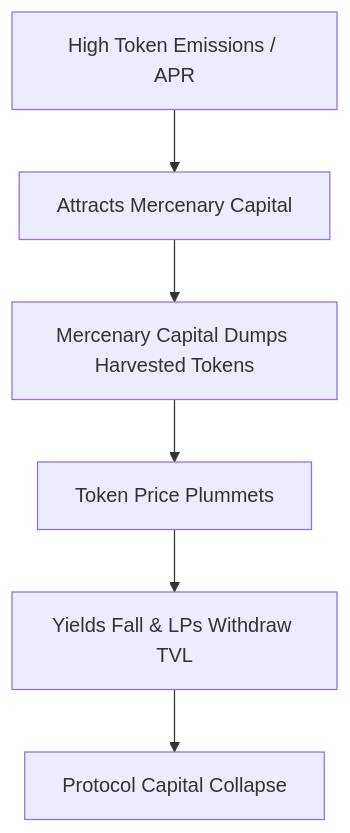
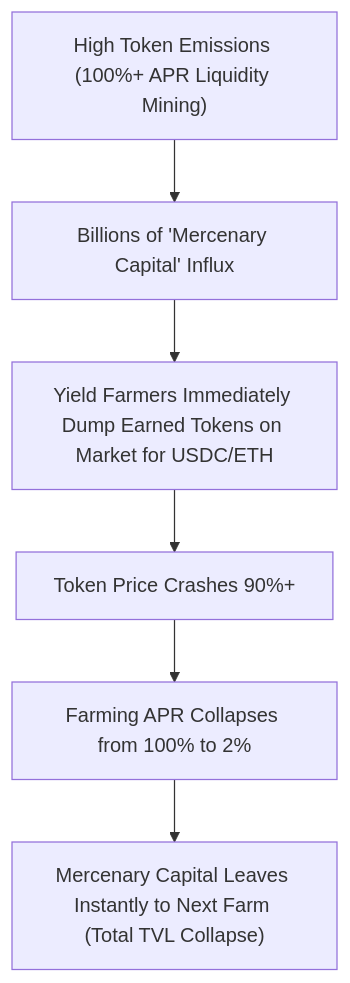
Before and after one commit to ub-society/modules: the fifth of 6 diagrams in docs/learn/fundamentals/05-decentralized-systems/04-tokenomics-and-economic-incentive-design.md, drawn with Mermaid. The commit also changed other lines of this file and 4 other files, not shown here.

````diff
--- a/docs/learn/fundamentals/05-decentralized-systems/04-tokenomics-and-economic-incentive-design.md
+++ b/docs/learn/fundamentals/05-decentralized-systems/04-tokenomics-and-economic-incentive-design.md
@@ -88,8 +108,8 @@
 ```mermaid
 flowchart TD
-    Emit[High Token Emissions / APR] --> Attract[Attracts Mercenary Capital]
-    Attract --> Dump[Mercenary Capital Dumps Harvested Tokens]
-    Dump --> PriceDrop[Token Price Plummets]
-    PriceDrop --> YieldCollapse[Yields Fall & LPs Withdraw TVL]
-    YieldCollapse --> DeathSpiral[Protocol Capital Collapse]
+    HighYield["High Token Emissions (100%+ APR Liquidity Mining)"] --> CapitalInflow["Billions of 'Mercenary Capital' Influx"]
+    CapitalInflow --> DumpTokens["Yield Farmers Immediately Dump Earned Tokens on Market for USDC/ETH"]
+    DumpTokens --> TokenCrashes["Token Price Crashes 90%+"]
+    TokenCrashes --> YieldsCollapse["Farming APR Collapses from 100% to 2%"]
+    YieldsCollapse --> CapitalFlight["Mercenary Capital Leaves Instantly to Next Farm (Total TVL Collapse)"]
 ```
````
